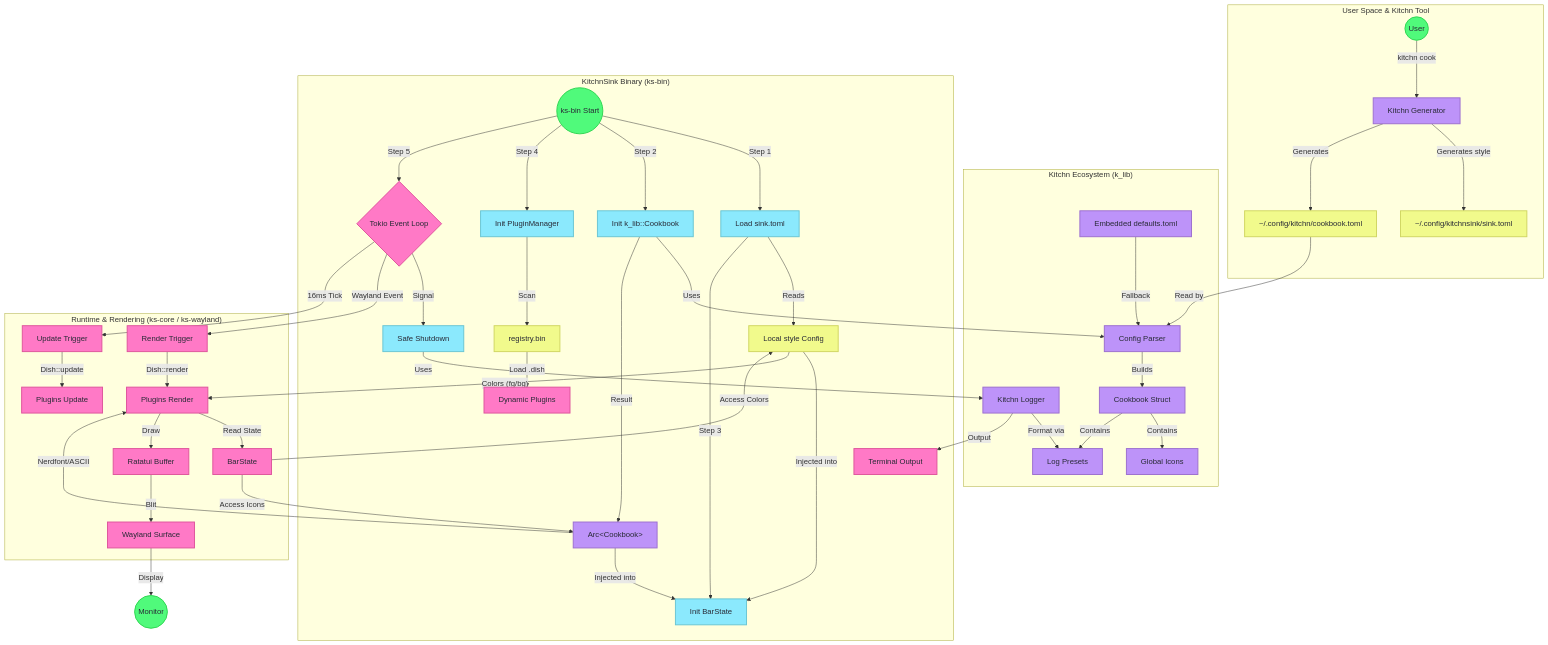
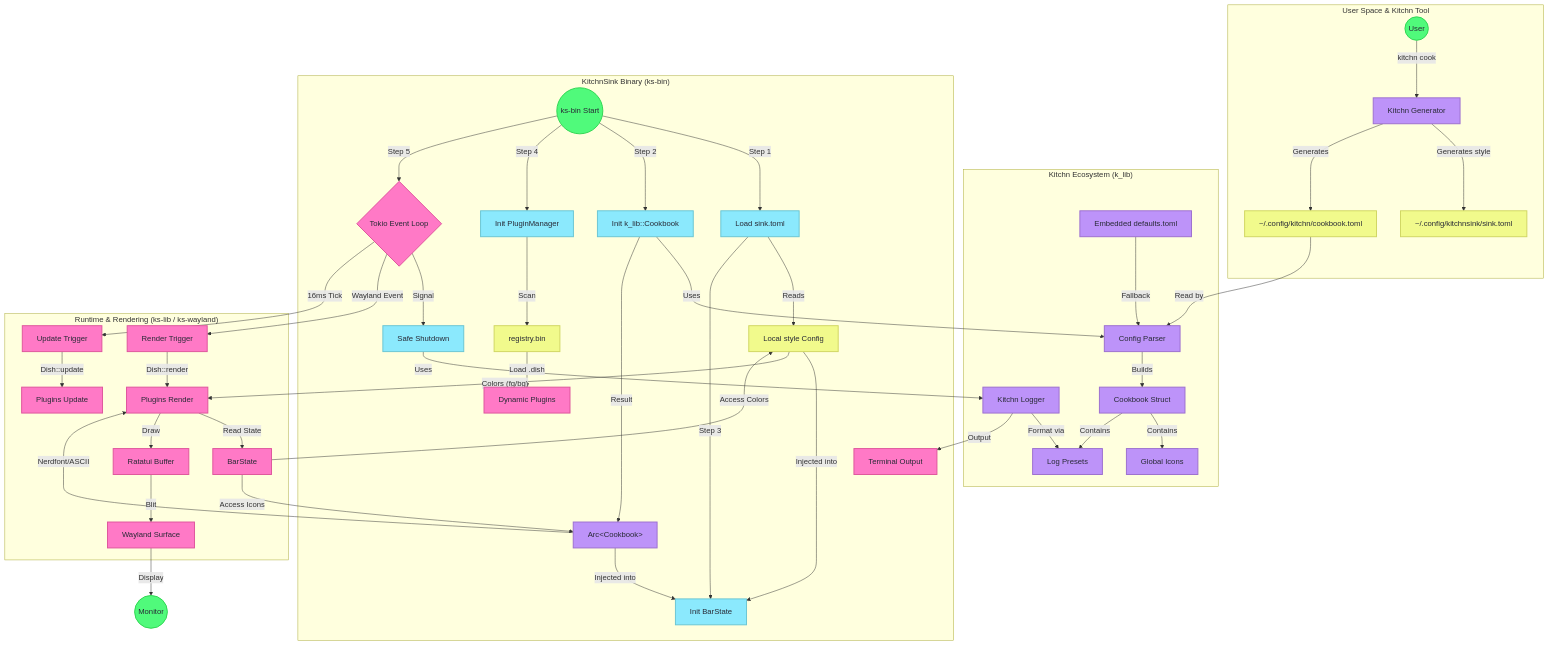
Before and after one commit to ryugen-io/hyprbar: the diagram in ARCHITECTURE.md, drawn with Mermaid. The commit also changed 3 other files, not shown here.

```diff
--- a/ARCHITECTURE.md
+++ b/ARCHITECTURE.md
@@ -71,7 +71,7 @@
         Logger -->|Output| StdOut[Terminal Output]
     end
     
-    subgraph "Runtime & Rendering (ks-core / ks-wayland)"
+    subgraph "Runtime & Rendering (ks-lib / ks-wayland)"
         EventLoop -->|Wayland Event| RenderRef[Render Trigger]
         EventLoop -->|16ms Tick| UpdateRef[Update Trigger]
         
```
